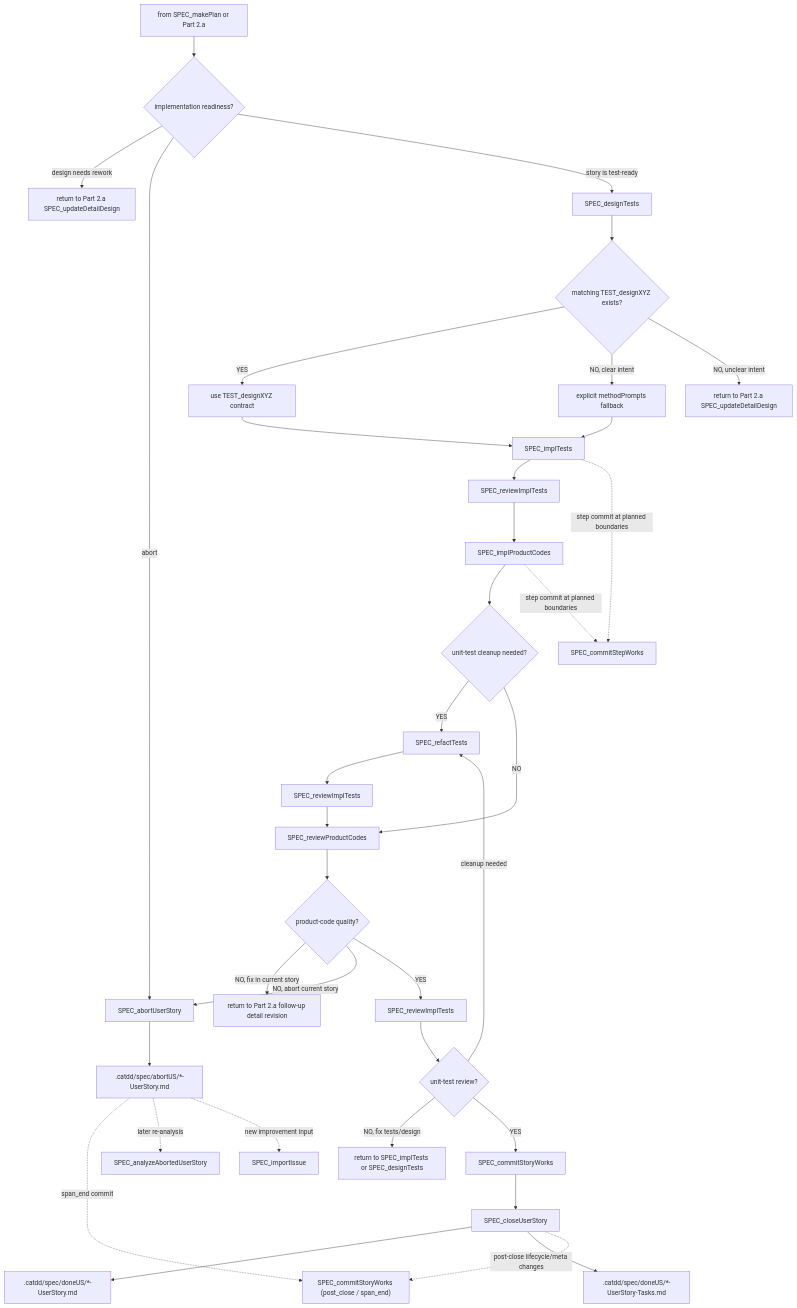
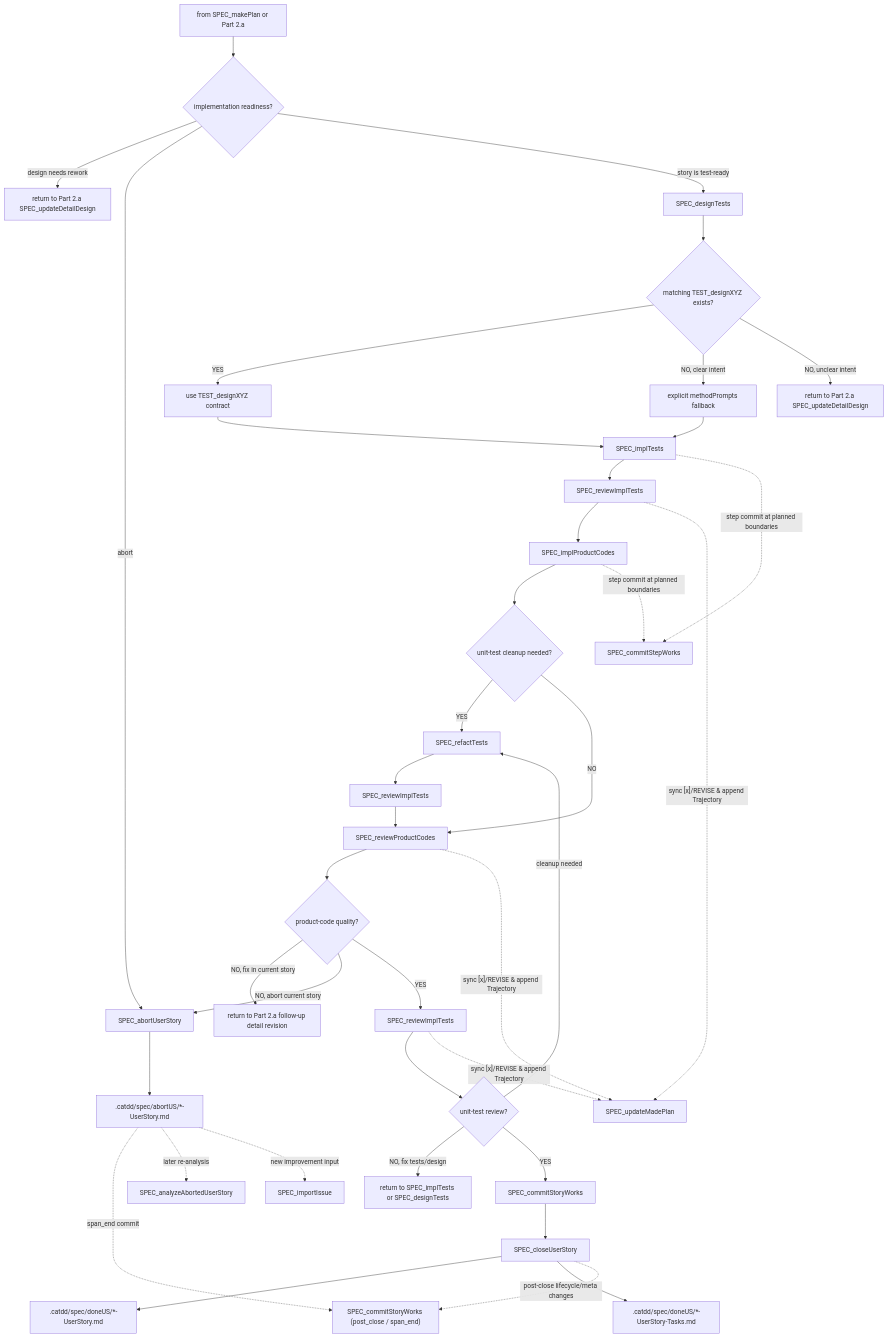
One commit to EnigmaWU/MyCaTDD changed the third of 3 diagrams in slashCommands/flows/Px-SpecFlow.md. Above: the diagram before and after it, drawn with Mermaid. The commit also changed other lines of this file and 22 other files, not shown here.

````diff
--- a/slashCommands/flows/Px-SpecFlow.md
+++ b/slashCommands/flows/Px-SpecFlow.md
@@ -403,40 +407,43 @@
 ```mermaid
 flowchart TB
     Part2b["from SPEC_makePlan or Part 2.a"] --> ImplementationChoice{"implementation readiness?"}
     ImplementationChoice -- "design needs rework" --> ReviewStoryRef["return to Part 2.a SPEC_updateDetailDesign"]
     ImplementationChoice -- "abort" --> Abort2b["SPEC_abortUserStory"]
     ImplementationChoice -- "story is test-ready" --> DesignTests["SPEC_designTests"]
 
     DesignTests --> TESTDesign{"matching TEST_designXYZ exists?"}
     TESTDesign -- "YES" --> CategoryDesign["use TEST_designXYZ contract"]
     TESTDesign -- "NO, clear intent" --> MethodFallback["explicit methodPrompts fallback"]
     TESTDesign -- "NO, unclear intent" --> DetailGap["return to Part 2.a SPEC_updateDetailDesign"]
     CategoryDesign --> ImplTests["SPEC_implTests"]
     MethodFallback --> ImplTests
     ImplTests --> ReviewImplTests["SPEC_reviewImplTests"]
     ReviewImplTests --> ImplCode["SPEC_implProductCodes"]
     ImplCode --> RefactTests{"unit-test cleanup needed?"}
     RefactTests -- "YES" --> RefactTestsCommand["SPEC_refactTests"]
     RefactTestsCommand --> ReviewImplTestsAfterRefactor["SPEC_reviewImplTests"]
     ReviewImplTestsAfterRefactor --> ReviewCode["SPEC_reviewProductCodes"]
     RefactTests -- "NO" --> ReviewCode
     ReviewCode --> QualityCode{"product-code quality?"}
 
     QualityCode -- "NO, fix in current story" --> DesignRework["return to Part 2.a follow-up detail revision"]
     QualityCode -- "NO, abort current story" --> Abort2b
     QualityCode -- "YES" --> ReviewImplTestsAfterProductCode["SPEC_reviewImplTests"]
     ReviewImplTestsAfterProductCode --> UnitTestQuality{"unit-test review?"}
     UnitTestQuality -- "NO, fix tests/design" --> TestRework["return to SPEC_implTests or SPEC_designTests"]
     UnitTestQuality -- "cleanup needed" --> RefactTestsCommand
     UnitTestQuality -- "YES" --> Commit["SPEC_commitStoryWorks"]
     Commit --> Close["SPEC_closeUserStory"]
+    ReviewImplTests -. "sync [x]/REVISE & append Trajectory" .-> UpdatePlan2b["SPEC_updateMadePlan"]
+    ReviewCode -. "sync [x]/REVISE & append Trajectory" .-> UpdatePlan2b
+    ReviewImplTestsAfterProductCode -. "sync [x]/REVISE & append Trajectory" .-> UpdatePlan2b
     ImplTests -. "step commit at planned boundaries" .-> StepCommit["SPEC_commitStepWorks"]
     ImplCode -. "step commit at planned boundaries" .-> StepCommit
     Close --> Done[".catdd/spec/doneUS/*-UserStory.md"]
     Close --> DoneTasks[".catdd/spec/doneUS/*-UserStory-Tasks.md"]
     Close -. "post-close lifecycle/meta changes" .-> CommitFinalize["SPEC_commitStoryWorks (post_close / span_end)"]
     Abort2b --> AbortUS2b[".catdd/spec/abortUS/*-UserStory.md"]
     AbortUS2b -. "span_end commit" .-> CommitFinalize
     AbortUS2b -. "later re-analysis" .-> AnalyzeAbort2b["SPEC_analyzeAbortedUserStory"]
     AbortUS2b -. "new improvement input" .-> ImportIssue2b["SPEC_importIssue"]
 ```
````
